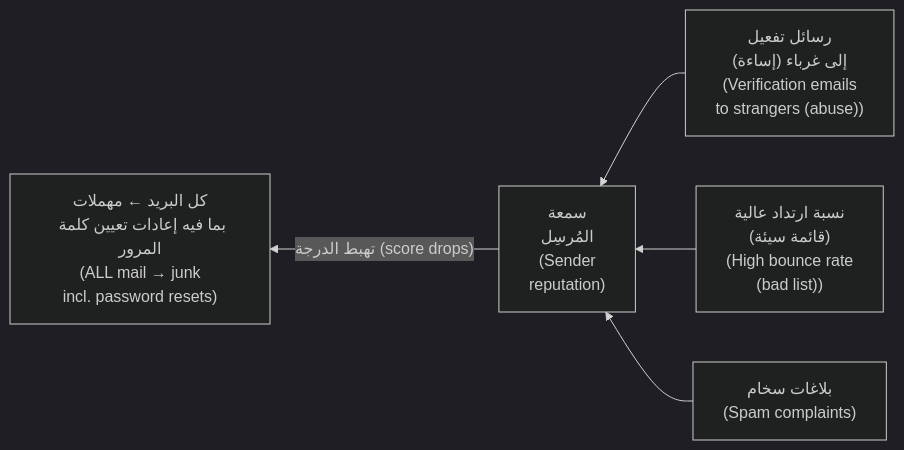
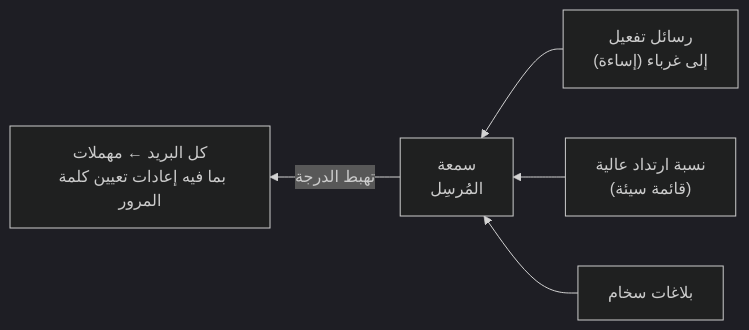
The fifth of 7 diagrams in modules/05-users-abuse/module.ar.md (Tamoura/system-design-for-vibe-coders), drawn with Mermaid (dark theme) before and after one commit. The commit also changed other lines of this file and 551 other files, not shown here.

````diff
--- a/modules/05-users-abuse/module.ar.md
+++ b/modules/05-users-abuse/module.ar.md
@@ -700,7 +700,7 @@
 ```mermaid
 flowchart RL
-    A["رسائل تفعيل<br/>إلى غرباء (إساءة)<br/>(Verification emails<br/>to strangers (abuse))"] --> R["سمعة<br/>المُرسِل<br/>(Sender<br/>reputation)"]
-    B["نسبة ارتداد عالية<br/>(قائمة سيئة)<br/>(High bounce rate<br/>(bad list))"] --> R
-    C["بلاغات سخام<br/>(Spam complaints)"] --> R
-    R -->|"تهبط الدرجة (score drops)"| D["كل البريد ← مهملات<br/>بما فيه إعادات تعيين كلمة المرور<br/>(ALL mail → junk<br/>incl. password resets)"]
+    A["رسائل تفعيل<br/>إلى غرباء (إساءة)"] --> R["سمعة<br/>المُرسِل"]
+    B["نسبة ارتداد عالية<br/>(قائمة سيئة)"] --> R
+    C["بلاغات سخام"] --> R
+    R -->|"تهبط الدرجة"| D["كل البريد ← مهملات<br/>بما فيه إعادات تعيين كلمة المرور"]
 ```
````
